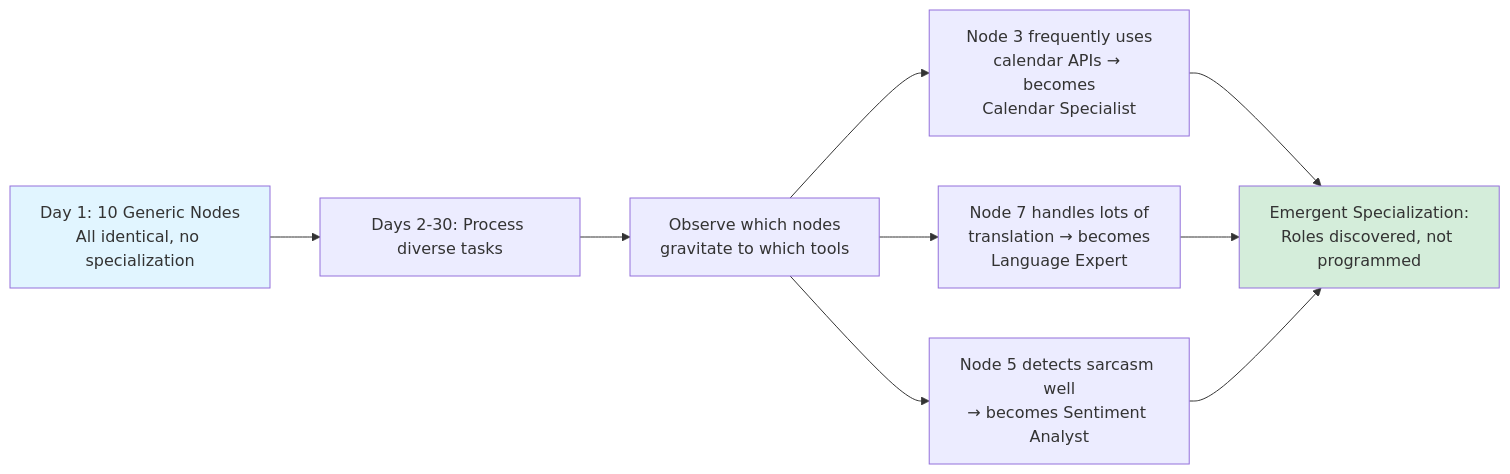
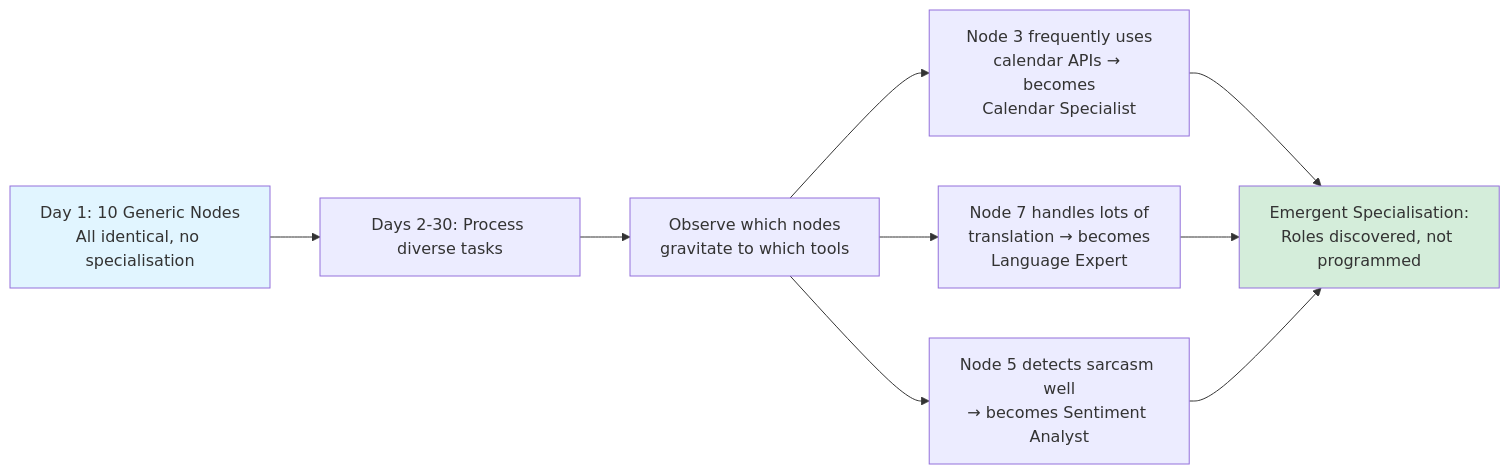
The eighth of 13 diagrams in docs/SEMANTIC_COGNITION_MESH.md (scottgal/LLMApi), drawn with Mermaid before and after one commit. The commit also changed other lines of this file, not shown here.

````diff
--- a/docs/SEMANTIC_COGNITION_MESH.md
+++ b/docs/SEMANTIC_COGNITION_MESH.md
@@ -394,21 +394,21 @@
 ```mermaid
 graph LR
-    Start[Day 1: 10 Generic Nodes<br/>All identical, no specialization]
+    Start[Day 1: 10 Generic Nodes<br/>All identical, no specialisation]
 
     Start --> Usage[Days 2-30: Process diverse tasks]
 
     Usage --> Observe[Observe which nodes<br/>gravitate to which tools]
 
     Observe --> Evolve1[Node 3 frequently uses<br/>calendar APIs → becomes<br/>Calendar Specialist]
 
     Observe --> Evolve2[Node 7 handles lots of<br/>translation → becomes<br/>Language Expert]
 
     Observe --> Evolve3[Node 5 detects sarcasm well<br/>→ becomes Sentiment Analyst]
 
-    Evolve1 --> Emergent[Emergent Specialization:<br/>Roles discovered, not programmed]
+    Evolve1 --> Emergent[Emergent Specialisation:<br/>Roles discovered, not programmed]
     Evolve2 --> Emergent
     Evolve3 --> Emergent
 
     style Start fill:#e1f5ff
     style Emergent fill:#d4edda
 ```
````
